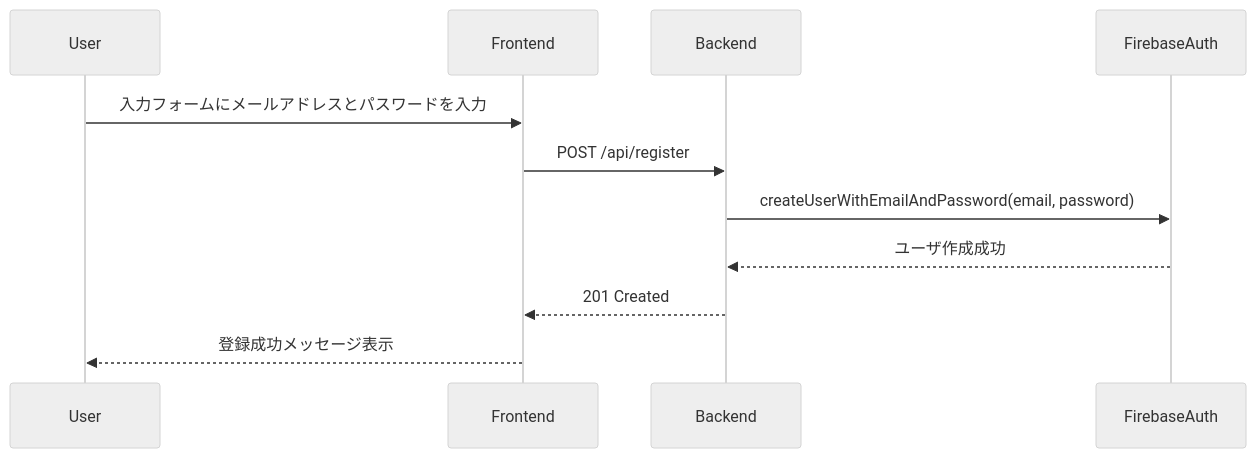
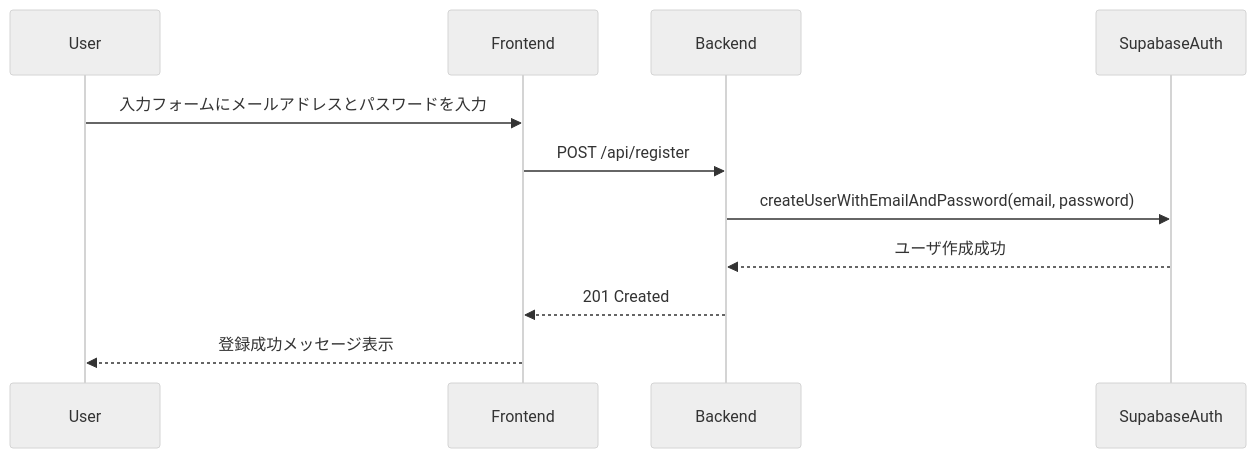
Before and after one commit to c-a-c/CAC-image-post: the first of 6 diagrams in documents/詳細設計書.md, drawn with Mermaid (neutral theme). The commit also changed other lines of this file and 10 other files, not shown here.

Commit message:
update: supabaseの採用、ER図の追加

````diff
--- a/documents/詳細設計書.md
+++ b/documents/詳細設計書.md
@@ -163,14 +163,14 @@
 ```mermaid
 sequenceDiagram
     participant User
     participant Frontend
     participant Backend
-    participant FirebaseAuth
+    participant SupabaseAuth
 
     User->>Frontend: 入力フォームにメールアドレスとパスワードを入力
     Frontend->>Backend: POST /api/register
-    Backend->>FirebaseAuth: createUserWithEmailAndPassword(email, password)
-    FirebaseAuth-->>Backend: ユーザ作成成功
+    Backend->>SupabaseAuth: createUserWithEmailAndPassword(email, password)
+    SupabaseAuth-->>Backend: ユーザ作成成功
     Backend-->>Frontend: 201 Created
     Frontend-->>User: 登録成功メッセージ表示
 ```
````
